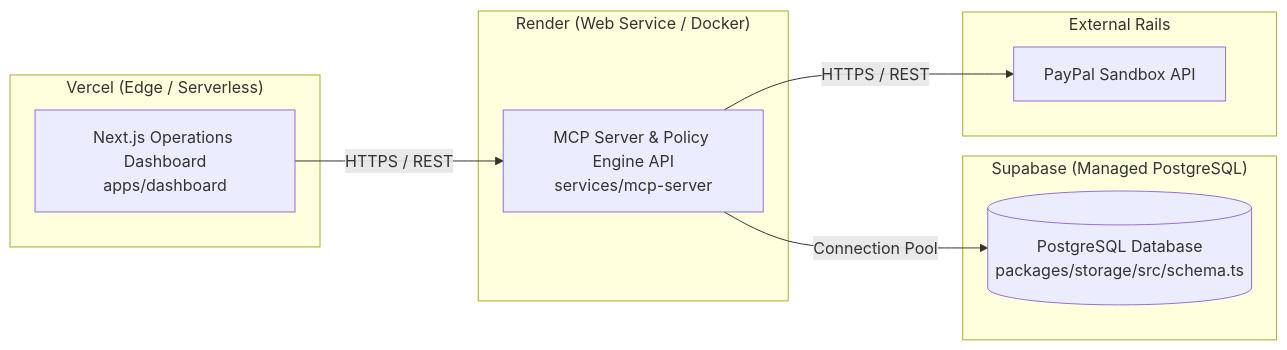
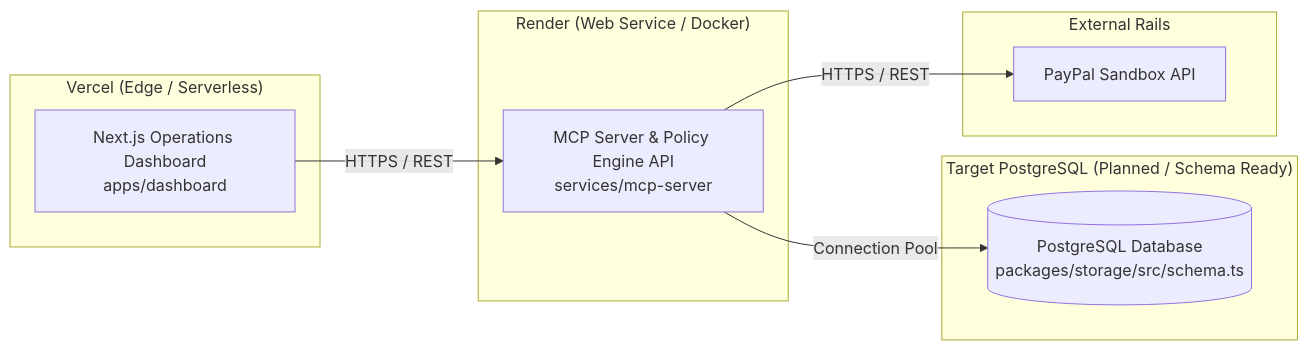
One commit to SYNTHOS7/Airlock changed the third of 3 diagrams in README.md. Above: the diagram before and after it, drawn with Mermaid. The commit also changed other lines of this file and 31 other files, not shown here.

````diff
--- a/README.md
+++ b/README.md
@@ -285,22 +298,22 @@
 ```mermaid
 flowchart LR
     subgraph Vercel["Vercel (Edge / Serverless)"]
         Dash["Next.js Operations Dashboard<br/>apps/dashboard"]
     end
 
     subgraph Render["Render (Web Service / Docker)"]
         Backend["MCP Server & Policy Engine API<br/>services/mcp-server"]
     end
 
-    subgraph Supabase["Supabase (Managed PostgreSQL)"]
+    subgraph Supabase["Target PostgreSQL (Planned / Schema Ready)"]
         PG[("PostgreSQL Database<br/>packages/storage/src/schema.ts")]
     end
 
     subgraph Rails["External Rails"]
         PayPal["PayPal Sandbox API"]
     end
 
     Dash -->|"HTTPS / REST"| Backend
     Backend -->|"Connection Pool"| PG
     Backend -->|"HTTPS / REST"| PayPal
 ```
````
